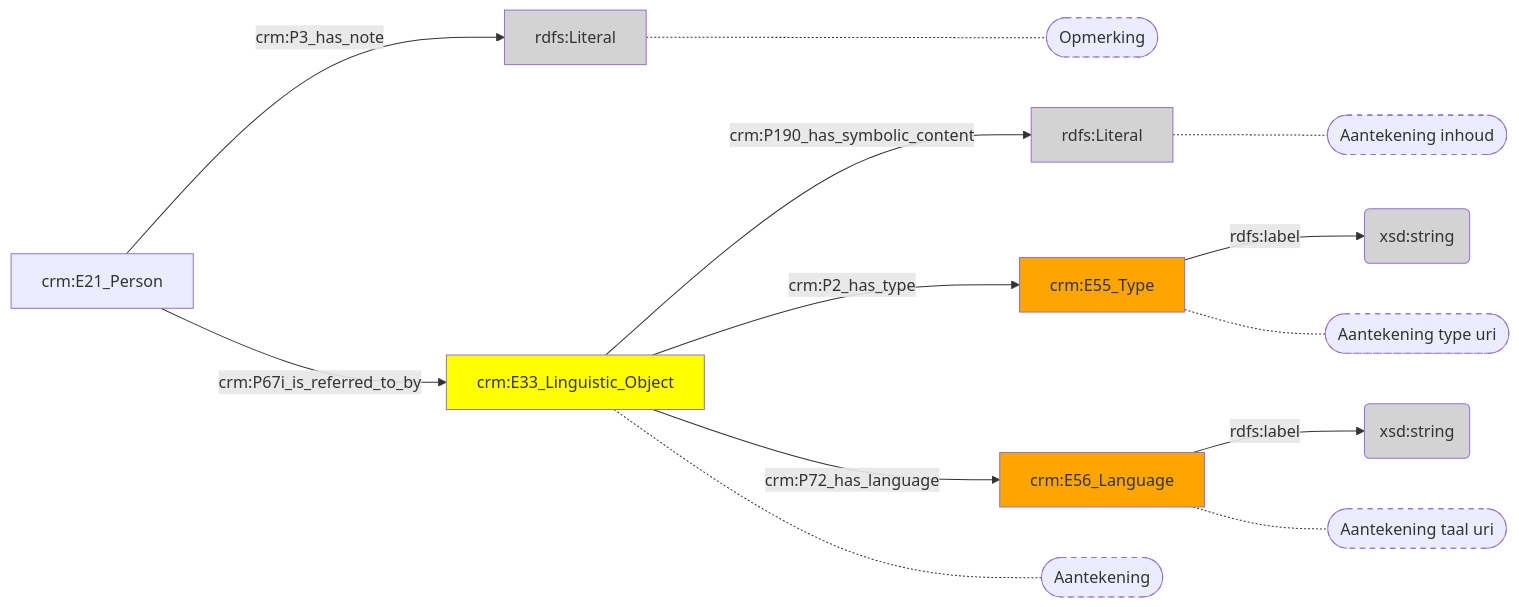
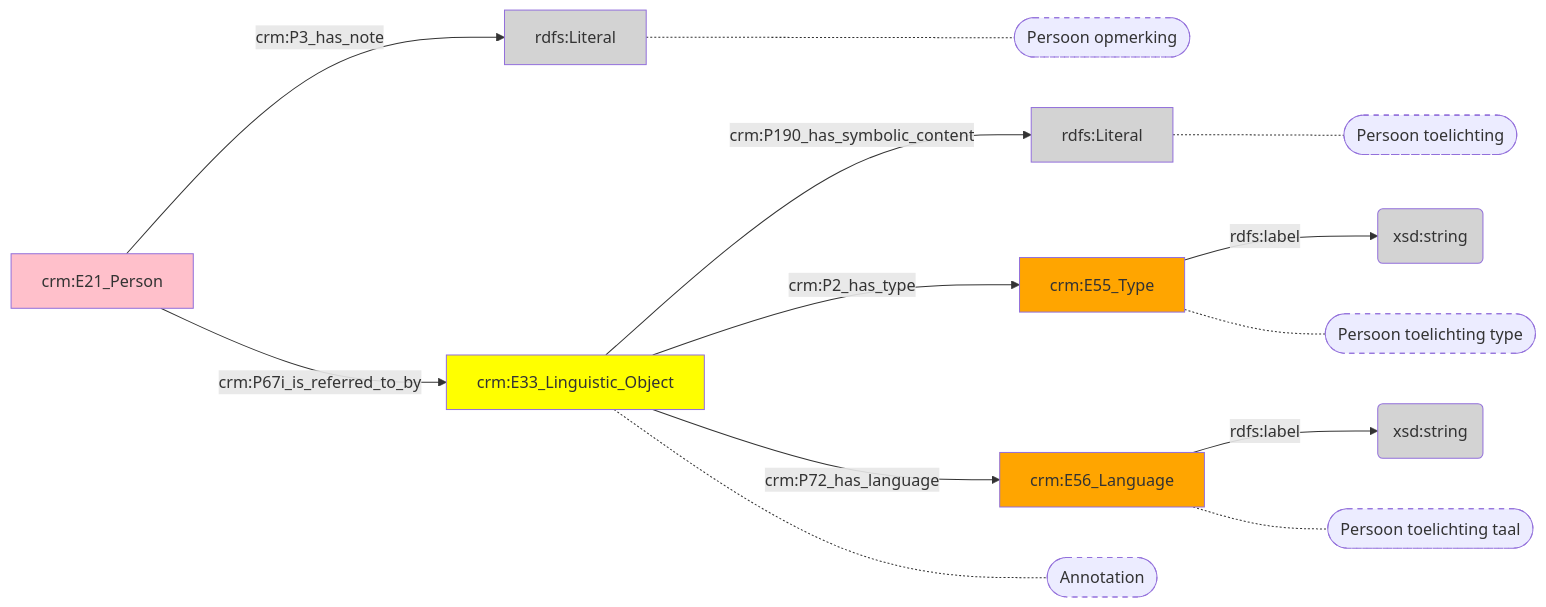
One commit to digipolisantwerpdocumentation/antwerp-cultureel-erfgoed changed the diagram in docs/content/modellen/Person/Aantekeningen.md. Above: the diagram before and after it, drawn with Mermaid. The commit also changed 173 other files, not shown here.

````diff
--- a/docs/content/modellen/Person/Aantekeningen.md
+++ b/docs/content/modellen/Person/Aantekeningen.md
@@ -1,27 +1,28 @@
 ```mermaid
 graph LR
 0d9d4cb4-e37c-11ed-9064-00163e71351b["crm:E21_Person"]-->|"crm:P3_has_note"|c5f20b3e-e439-11ed-a1e6-00163e71351b(rdfs:Literal)
 79858ef4-ee3b-11ed-9064-00163e71351b["crm:E33_Linguistic_Object"]-->|"crm:P190_has_symbolic_content"|79859714-ee3b-11ed-9064-00163e71351b(rdfs:Literal)
 798593b8-ee3b-11ed-9064-00163e71351b["crm:E55_Type"]-->|"rdfs:label"|798599da-ee3b-11ed-9064-00163e71351b(xsd:string)
 79859584-ee3b-11ed-9064-00163e71351b["crm:E56_Language"]-->|"rdfs:label"|7985987c-ee3b-11ed-9064-00163e71351b(xsd:string)
 0d9d4cb4-e37c-11ed-9064-00163e71351b["crm:E21_Person"]-->|"crm:P67i_is_referred_to_by"|79858ef4-ee3b-11ed-9064-00163e71351b["crm:E33_Linguistic_Object"]
 79858ef4-ee3b-11ed-9064-00163e71351b["crm:E33_Linguistic_Object"]-->|"crm:P2_has_type"|798593b8-ee3b-11ed-9064-00163e71351b["crm:E55_Type"]
 79858ef4-ee3b-11ed-9064-00163e71351b["crm:E33_Linguistic_Object"]-->|"crm:P72_has_language"|79859584-ee3b-11ed-9064-00163e71351b["crm:E56_Language"]
+c5f20b3e-e439-11ed-a1e6-00163e71351b["rdfs:Literal"]-.-c5f20b3e-e439-11ed-a1e6-00163e71351b_s(["Persoon opmerking"])
+79858ef4-ee3b-11ed-9064-00163e71351b["crm:E33_Linguistic_Object"]-.-79858ef4-ee3b-11ed-9064-00163e71351b_s(["Annotation"])
+79859714-ee3b-11ed-9064-00163e71351b["rdfs:Literal"]-.-79859714-ee3b-11ed-9064-00163e71351b_s(["Persoon toelichting"])
+798593b8-ee3b-11ed-9064-00163e71351b["crm:E55_Type"]-.-798593b8-ee3b-11ed-9064-00163e71351b_s(["Persoon toelichting type"])
+79859584-ee3b-11ed-9064-00163e71351b["crm:E56_Language"]-.-79859584-ee3b-11ed-9064-00163e71351b_s(["Persoon toelichting taal"])
 style c5f20b3e-e439-11ed-a1e6-00163e71351b_s stroke-dasharray: 5
 style 79858ef4-ee3b-11ed-9064-00163e71351b_s stroke-dasharray: 5
 style 79859714-ee3b-11ed-9064-00163e71351b_s stroke-dasharray: 5
 style 798593b8-ee3b-11ed-9064-00163e71351b_s stroke-dasharray: 5
 style 79859584-ee3b-11ed-9064-00163e71351b_s stroke-dasharray: 5
-c5f20b3e-e439-11ed-a1e6-00163e71351b["rdfs:Literal"]-.-c5f20b3e-e439-11ed-a1e6-00163e71351b_s(["Opmerking"])
-79858ef4-ee3b-11ed-9064-00163e71351b["crm:E33_Linguistic_Object"]-.-79858ef4-ee3b-11ed-9064-00163e71351b_s(["Aantekening"])
-79859714-ee3b-11ed-9064-00163e71351b["rdfs:Literal"]-.-79859714-ee3b-11ed-9064-00163e71351b_s(["Aantekening inhoud"])
-798593b8-ee3b-11ed-9064-00163e71351b["crm:E55_Type"]-.-798593b8-ee3b-11ed-9064-00163e71351b_s(["Aantekening type uri"])
-79859584-ee3b-11ed-9064-00163e71351b["crm:E56_Language"]-.-79859584-ee3b-11ed-9064-00163e71351b_s(["Aantekening taal uri"])
+style 0d9d4cb4-e37c-11ed-9064-00163e71351b fill:#ffc0cb
 style 79858ef4-ee3b-11ed-9064-00163e71351b fill:#ffff00
 style 798593b8-ee3b-11ed-9064-00163e71351b fill:#ffa500
 style 79859584-ee3b-11ed-9064-00163e71351b fill:#ffa500
 style 79859714-ee3b-11ed-9064-00163e71351b fill:#D3D3D3
 style 7985987c-ee3b-11ed-9064-00163e71351b fill:#D3D3D3
 style 798599da-ee3b-11ed-9064-00163e71351b fill:#D3D3D3
 style c5f20b3e-e439-11ed-a1e6-00163e71351b fill:#D3D3D3
 ```
````
